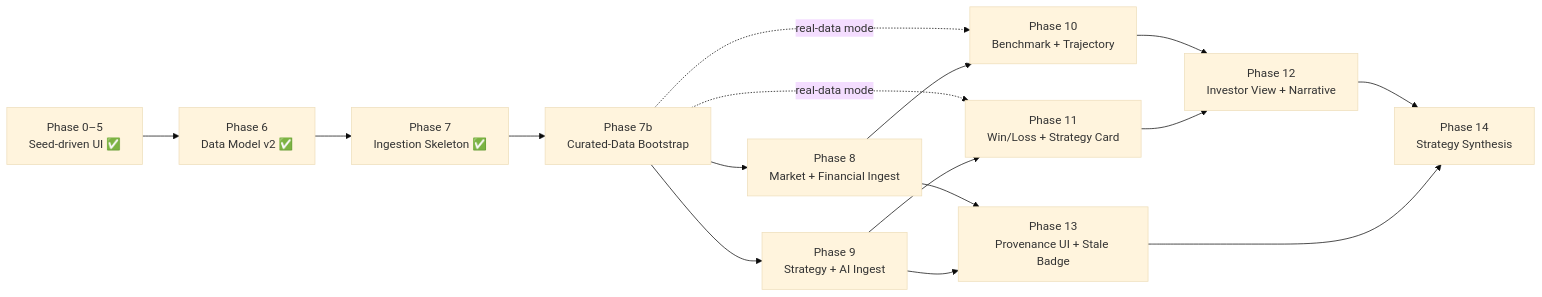
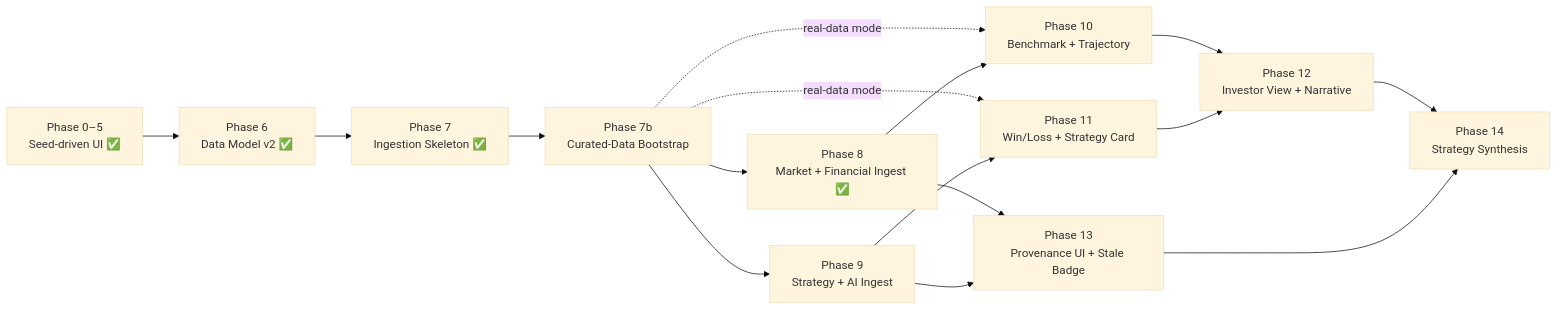
Before and after one commit to Ryosuke-Kawashima-Career/OTA-Dashboard: the diagram in specs/implementation_plan.md, drawn with Mermaid (base theme). The commit also changed other lines of this file and 108 other files, not shown here.

````diff
--- a/specs/implementation_plan.md
+++ b/specs/implementation_plan.md
@@ -417,18 +425,18 @@
 ```mermaid
 graph LR
     P0[Phase 0–5<br/>Seed-driven UI ✅] --> P6[Phase 6<br/>Data Model v2 ✅]
     P6 --> P7[Phase 7<br/>Ingestion Skeleton ✅]
     P7 --> P7b[Phase 7b<br/>Curated-Data Bootstrap]
-    P7b --> P8[Phase 8<br/>Market + Financial Ingest]
+    P7b --> P8[Phase 8<br/>Market + Financial Ingest ✅]
     P7b --> P9[Phase 9<br/>Strategy + AI Ingest]
     P7b -.real-data mode.-> P10
     P7b -.real-data mode.-> P11
     P8 --> P10[Phase 10<br/>Benchmark + Trajectory]
     P9 --> P11[Phase 11<br/>Win/Loss + Strategy Card]
     P10 --> P12[Phase 12<br/>Investor View + Narrative]
     P11 --> P12
     P8 --> P13[Phase 13<br/>Provenance UI + Stale Badge]
     P9 --> P13
     P12 --> P14[Phase 14<br/>Strategy Synthesis]
     P13 --> P14
 ```
````
